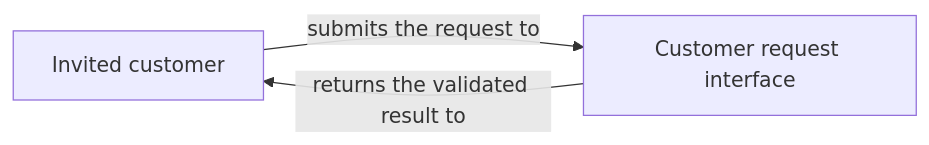
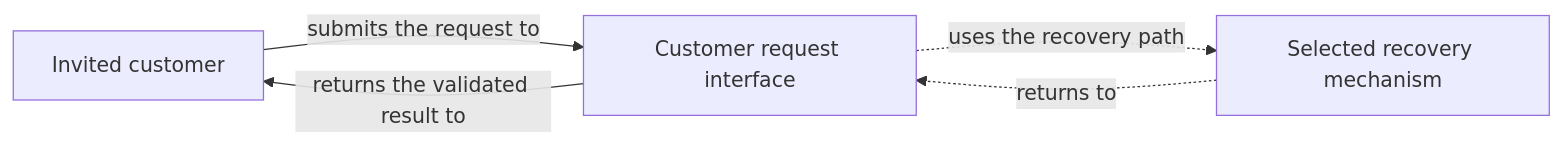
The third of 4 diagrams in .agents/skills/fastlane/references/diagram-patterns.md (Levi-Breedlove/codex-aws-aidlc), drawn with Mermaid before and after one commit. The commit also changed other lines of this file and 16 other files, not shown here.

First line of the commit message:
fix: organize Fastlane Mermaid presentation (#108)

````diff
--- a/.agents/skills/fastlane/references/diagram-patterns.md
+++ b/.agents/skills/fastlane/references/diagram-patterns.md
@@ -141,9 +155,12 @@
 ```mermaid
 flowchart LR
-    accTitle: First useful customer outcome
-    accDescr: The invited customer submits one request and receives the validated result through the application interface.
+    accTitle: Customer journey with a safe alternate path
+    accDescr: The invited customer submits one request and receives the validated result, while a recoverable failure follows the selected recovery path before returning to the interface.
     ACT-000["Invited customer"]
     API-000["Customer request interface"]
+    TECH-0005["Selected recovery mechanism"]
     ACT-000 -->|submits the request to| API-000
     API-000 -->|returns the validated result to| ACT-000
+    API-000 -. "uses the recovery path" .-> TECH-0005
+    TECH-0005 -. "returns to" .-> API-000
 ```
````
